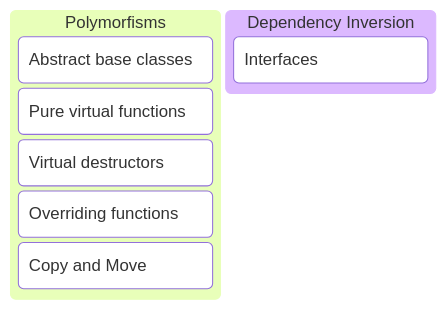
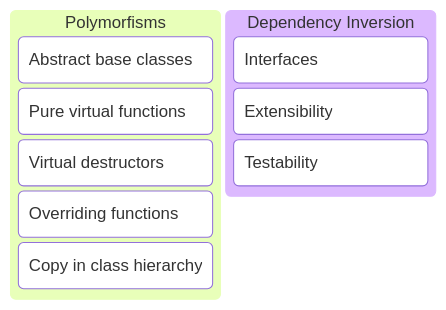
The diagram in slides/session_5/index.md (GlennVL-AP/cpp-programming-slides), drawn with Mermaid before and after one commit. The commit also changed other lines of this file and 1 other file, not shown here.

````diff
--- a/slides/session_5/index.md
+++ b/slides/session_5/index.md
@@ -4,11 +4,13 @@
 ```mermaid
 kanban
   column1[Polymorfisms]
     task1[Abstract base classes]
     task2[Pure virtual functions]
     task3[Virtual destructors]
     task4[Overriding functions]
-    task5[Copy and Move]
+    task5[Copy in class hierarchy]
   column2[Dependency Inversion]
     task6[Interfaces]
+    task7[Extensibility]
+    task8[Testability]
 ```
````
